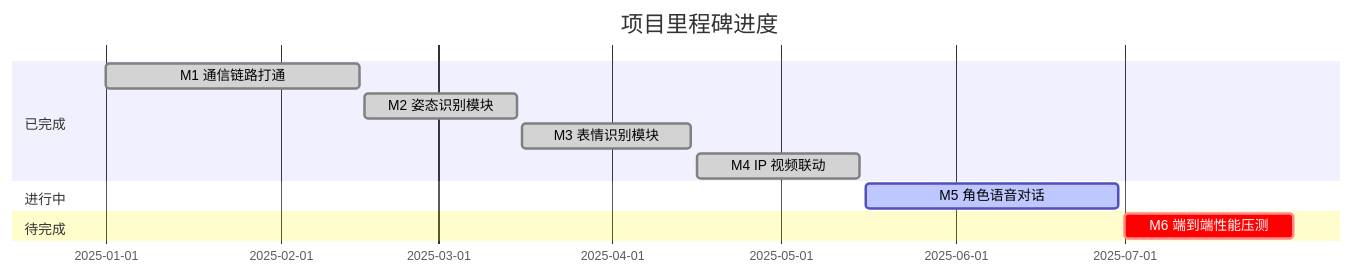
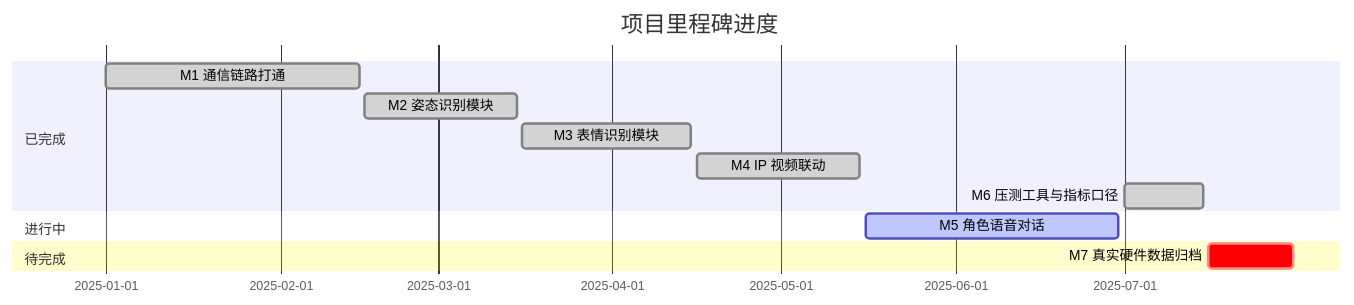
The ninth of 10 diagrams in docs/智能视觉交互系统报告.md (wanone111/ciciec_ascend), drawn with Mermaid before and after one commit. The commit also changed other lines of this file and 16 other files, not shown here.

````diff
--- a/docs/智能视觉交互系统报告.md
+++ b/docs/智能视觉交互系统报告.md
@@ -631,14 +632,15 @@
 ```mermaid
 gantt
     title 项目里程碑进度
     dateFormat  YYYY-MM-DD
     section 已完成
     M1 通信链路打通       :done, m1, 2025-01-01, 2025-02-15
     M2 姿态识别模块       :done, m2, 2025-02-16, 2025-03-15
     M3 表情识别模块       :done, m3, 2025-03-16, 2025-04-15
     M4 IP 视频联动        :done, m4, 2025-04-16, 2025-05-15
+    M6 压测工具与指标口径 :done, m6, 2025-07-01, 2025-07-15
     section 进行中
     M5 角色语音对话       :active, m5, 2025-05-16, 2025-06-30
     section 待完成
-    M6 端到端性能压测     :crit, m6, 2025-07-01, 2025-07-31
+    M7 真实硬件数据归档   :crit, m7, 2025-07-16, 2025-07-31
 ```
````
